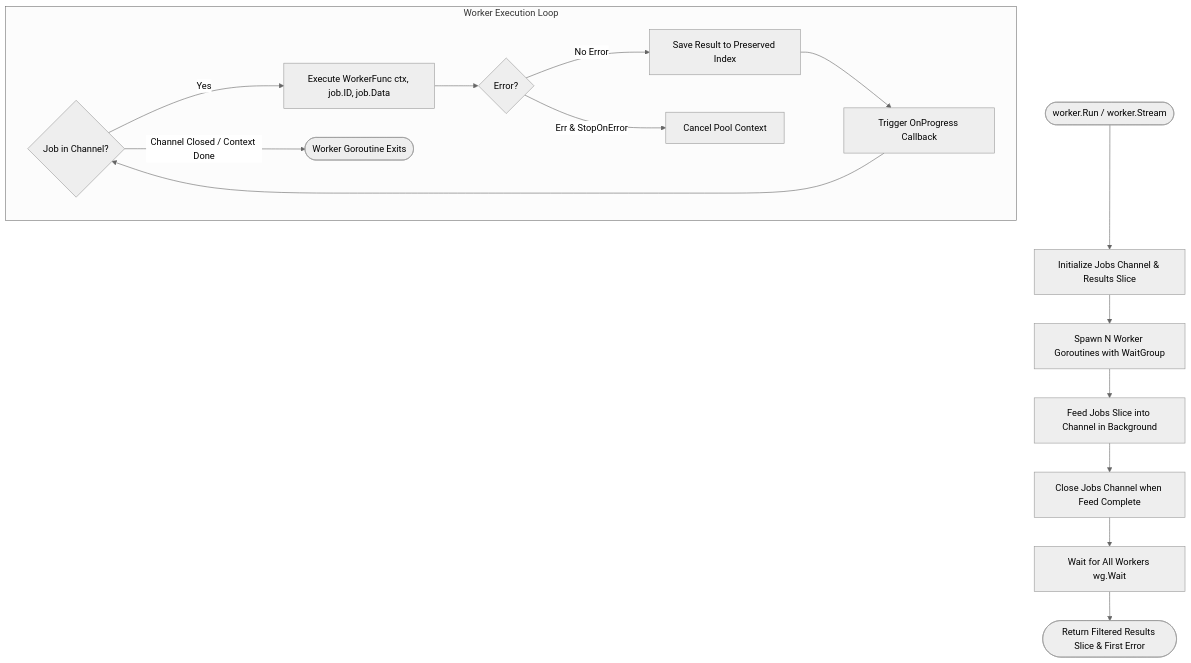
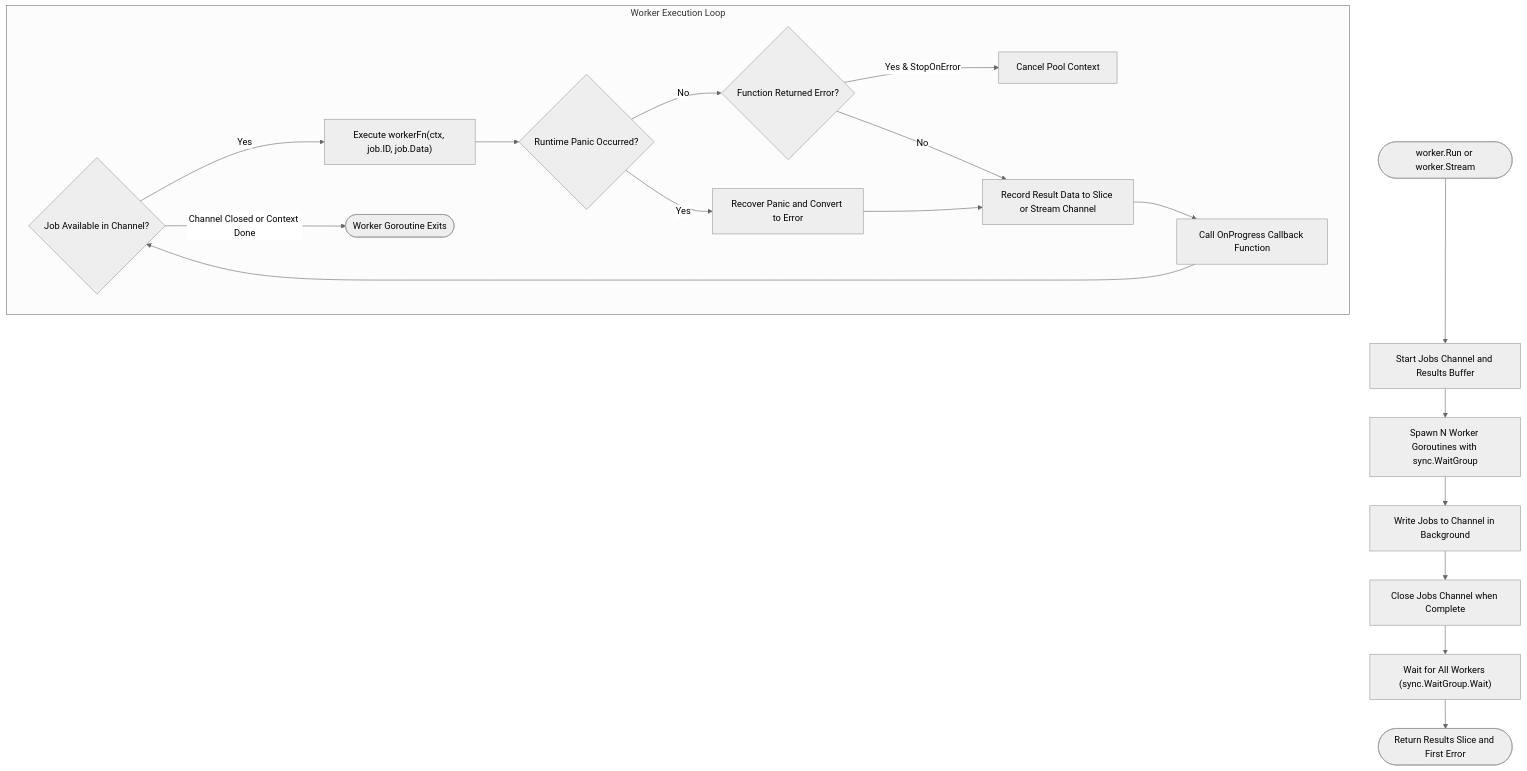
The diagram in worker/README.md (Jkenyut/nvx-go-helper), drawn with Mermaid (neutral theme) before and after one commit. The commit also changed other lines of this file and 46 other files, not shown here.

````diff
--- a/worker/README.md
+++ b/worker/README.md
@@ -7,21 +9,24 @@
 ```mermaid
 flowchart TD
-    Start([worker.Run / worker.Stream]) --> InitQueue[Initialize Jobs Channel & Results Slice]
-    InitQueue --> SpawnWorkers[Spawn N Worker Goroutines with WaitGroup]
-    
+    Start([worker.Run or worker.Stream]) --> InitQueue["Start Jobs Channel and Results Buffer"]
+    InitQueue --> SpawnWorkers["Spawn N Worker Goroutines with sync.WaitGroup"]
+
     subgraph Workers ["Worker Execution Loop"]
-        FetchJob{Job in Channel?}
-        FetchJob -- Yes --> ExecJob[Execute WorkerFunc ctx, job.ID, job.Data]
-        ExecJob --> SuccessCheck{Error?}
-        SuccessCheck -- No Error --> SaveRes[Save Result to Preserved Index]
-        SuccessCheck -- Err & StopOnError --> TriggerCancel[Cancel Pool Context]
-        SaveRes --> Progress[Trigger OnProgress Callback]
+        FetchJob{"Job Available in Channel?"}
+        FetchJob -- Yes --> ExecJob["Execute workerFn(ctx, job.ID, job.Data)"]
+        ExecJob --> PanicCheck{"Runtime Panic Occurred?"}
+        PanicCheck -- Yes --> RecoverPanic["Recover Panic and Convert to Error"]
+        PanicCheck -- No --> ErrorCheck{"Function Returned Error?"}
+        ErrorCheck -- Yes & StopOnError --> CancelCtx["Cancel Pool Context"]
+        ErrorCheck -- No --> SaveRes["Record Result Data to Slice or Stream Channel"]
+        RecoverPanic --> SaveRes
+        SaveRes --> Progress["Call OnProgress Callback Function"]
         Progress --> FetchJob
-        FetchJob -- Channel Closed / Context Done --> WorkerDone([Worker Goroutine Exits])
+        FetchJob -- Channel Closed or Context Done --> WorkerDone(["Worker Goroutine Exits"])
     end
 
-    SpawnWorkers --> FeedJobs[Feed Jobs Slice into Channel in Background]
-    FeedJobs --> CloseJobs[Close Jobs Channel when Feed Complete]
-    CloseJobs --> WaitWorkers[Wait for All Workers wg.Wait]
-    WaitWorkers --> ReturnRes([Return Filtered Results Slice & First Error])
+    SpawnWorkers --> FeedJobs["Write Jobs to Channel in Background"]
+    FeedJobs --> CloseJobs["Close Jobs Channel when Complete"]
+    CloseJobs --> WaitWorkers["Wait for All Workers (sync.WaitGroup.Wait)"]
+    WaitWorkers --> ReturnRes(["Return Results Slice and First Error"])
 ```
````
